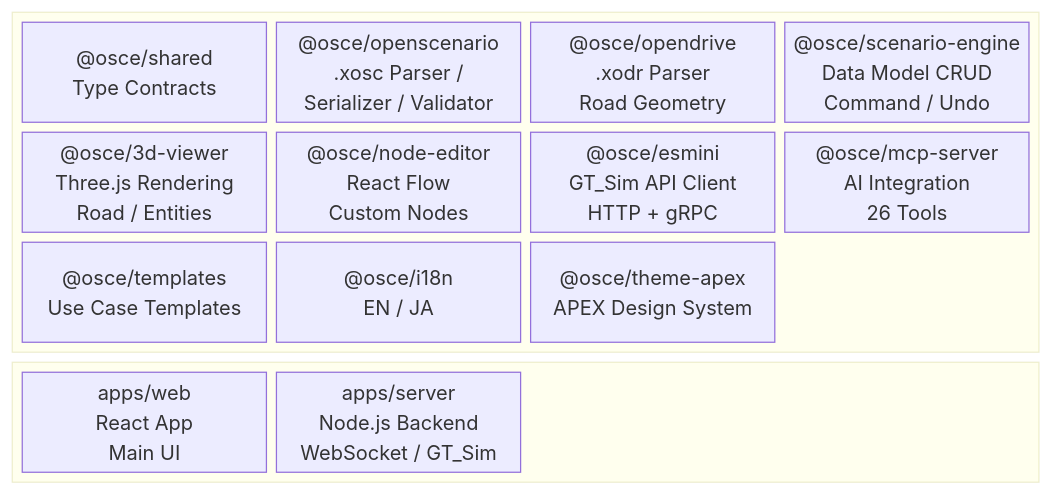
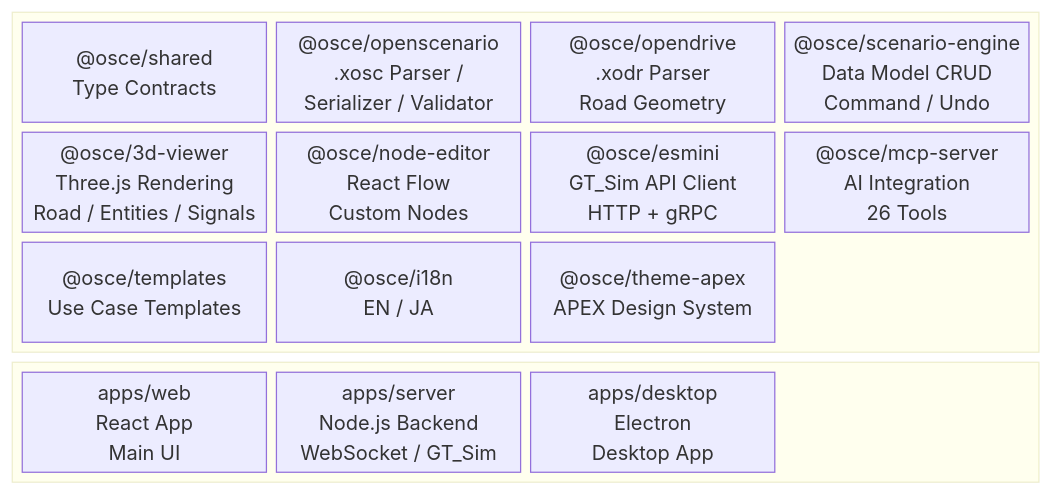
Before and after one commit to GT-karny/GT-OpenSCENARIOEditor: the first of 7 diagrams in docs/ARCHITECTURE.md, drawn with Mermaid. The commit also changed other lines of this file and 3 other files, not shown here.

````diff
--- a/docs/ARCHITECTURE.md
+++ b/docs/ARCHITECTURE.md
@@ -38,29 +39,30 @@
 ```mermaid
 block-beta
   columns 4
 
   block:packages:4
     columns 4
     shared["@osce/shared\nType Contracts"]
     openscenario["@osce/openscenario\n.xosc Parser /\nSerializer / Validator"]
     opendrive["@osce/opendrive\n.xodr Parser\nRoad Geometry"]
     engine["@osce/scenario-engine\nData Model CRUD\nCommand / Undo"]
 
-    viewer["@osce/3d-viewer\nThree.js Rendering\nRoad / Entities"]
+    viewer["@osce/3d-viewer\nThree.js Rendering\nRoad / Entities / Signals"]
     nodeeditor["@osce/node-editor\nReact Flow\nCustom Nodes"]
     esmini["@osce/esmini\nGT_Sim API Client\nHTTP + gRPC"]
     mcp["@osce/mcp-server\nAI Integration\n26 Tools"]
 
     templates["@osce/templates\nUse Case Templates"]
     i18n["@osce/i18n\nEN / JA"]
     themeapex["@osce/theme-apex\nAPEX Design System"]
     space
   end
 
   block:apps:4
     columns 4
     web["apps/web\nReact App\nMain UI"]
     server["apps/server\nNode.js Backend\nWebSocket / GT_Sim"]
-    space:2
+    desktop["apps/desktop\nElectron\nDesktop App"]
+    space
   end
 ```
````
